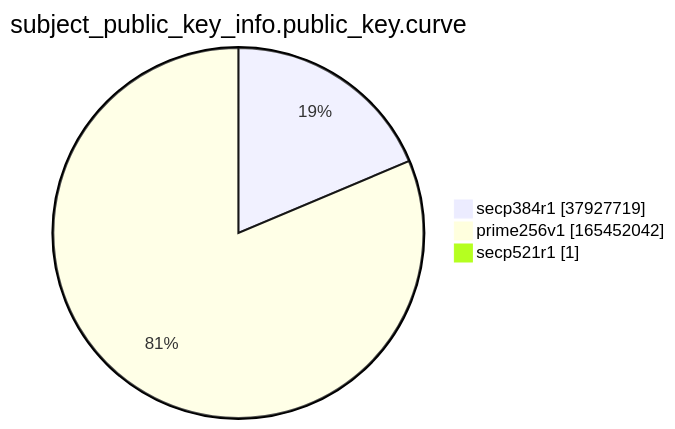
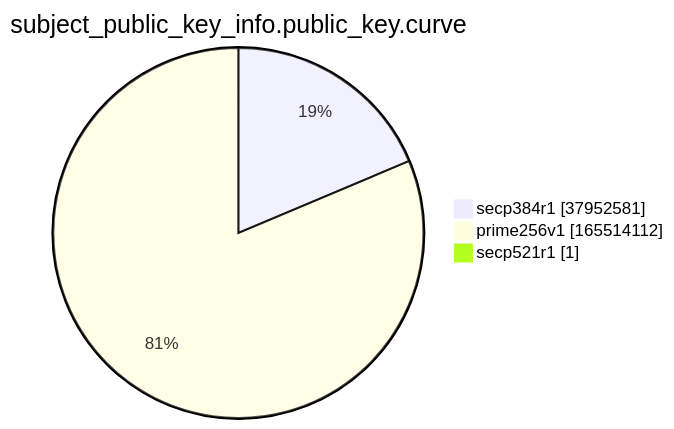
Before and after one commit to christiankrug/ctmonitor_visualization: the ninth of 15 diagrams in argon2022/README.md, drawn with Mermaid. The commit also changed other lines of this file, not shown here.

````diff
--- a/argon2022/README.md
+++ b/argon2022/README.md
@@ -2766,7 +2766,7 @@
 ```mermaid
 pie showData
 title subject_public_key_info.public_key.curve
-"secp384r1" :37927719
-"prime256v1" :165452042
+"secp384r1" :37952581
+"prime256v1" :165514112
 "secp521r1" :1
 ```
````
